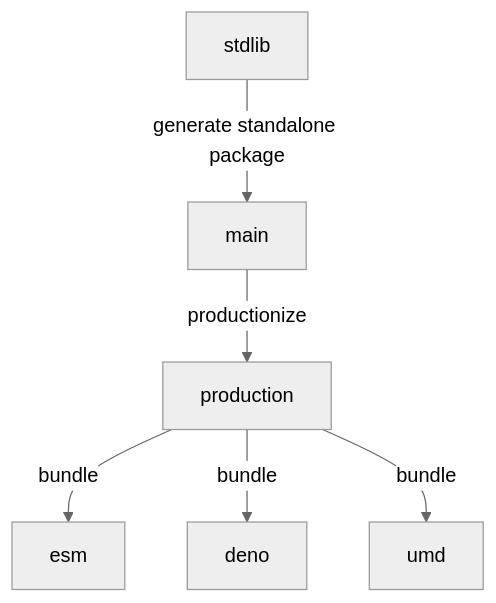
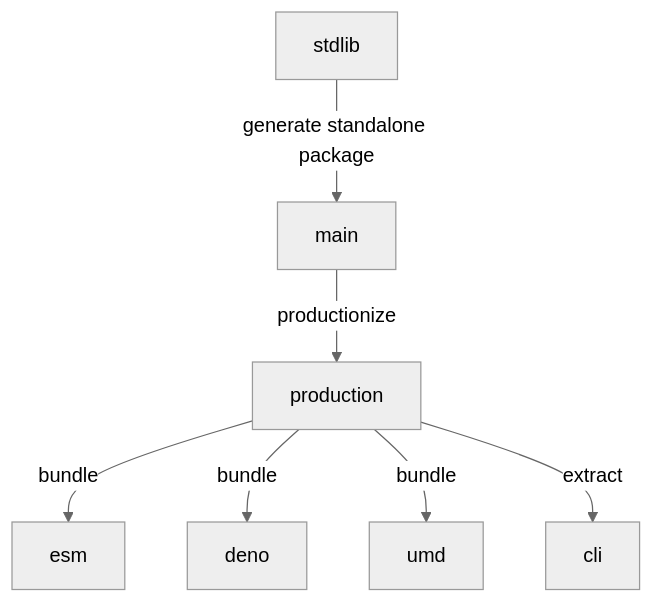
The diagram in branches.md (stdlib-js/string-replace), drawn with Mermaid (neutral theme) before and after one commit. The commit also changed other lines of this file and 8 other files, not shown here.

````diff
--- a/branches.md
+++ b/branches.md
@@ -33,15 +34,17 @@
 ```mermaid
 graph TD;
 A[stdlib]-->|generate standalone package|B;
 B[main] -->|productionize| C[production];
 C -->|bundle| D[esm];
 C -->|bundle| E[deno];
 C -->|bundle| F[umd];
+C -->|extract| G[cli];
 
-click A href "https://github.com/stdlib-js/stdlib/tree/develop/lib/node_modules/%40stdlib/string/replace"
-click B href "https://github.com/stdlib-js/string-replace/tree/main"
-click C href "https://github.com/stdlib-js/string-replace/tree/production"
-click D href "https://github.com/stdlib-js/string-replace/tree/esm"
-click E href "https://github.com/stdlib-js/string-replace/tree/deno"
-click F href "https://github.com/stdlib-js/string-replace/tree/umd"
+%% click A href "https://github.com/stdlib-js/stdlib/tree/develop/lib/node_modules/%40stdlib/string/replace"
+%% click B href "https://github.com/stdlib-js/string-replace/tree/main"
+%% click C href "https://github.com/stdlib-js/string-replace/tree/production"
+%% click D href "https://github.com/stdlib-js/string-replace/tree/esm"
+%% click E href "https://github.com/stdlib-js/string-replace/tree/deno"
+%% click F href "https://github.com/stdlib-js/string-replace/tree/umd"
+%% click G href "https://github.com/stdlib-js/string-replace/tree/cli"
 ```
````
